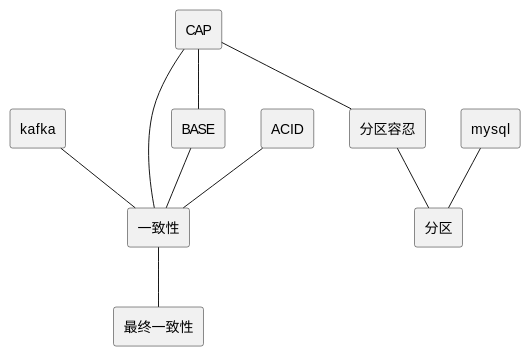
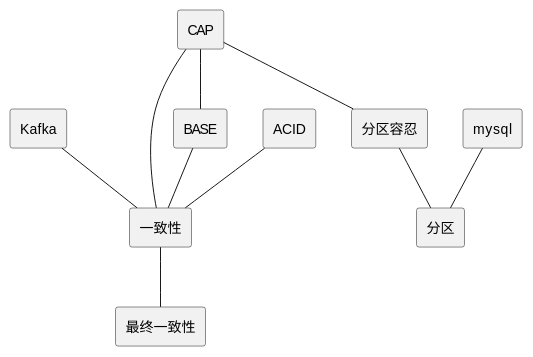
One commit to wiloon/blog changed the diagram in content/post/archive-1/2015-08-06-dev-env.md. Above: the diagram before and after it, drawn with PlantUML. The commit also changed other lines of this file and 4 other files, not shown here.

````diff
--- a/content/post/archive-1/2015-08-06-dev-env.md
+++ b/content/post/archive-1/2015-08-06-dev-env.md
@@ -93,25 +93,25 @@
 ```puml
 @startuml
 skinparam componentStyle rectangle
 
-[kafka] as kafka
+[Kafka] as kafka
 [一致性] as consistency
 [最终一致性] as eventual_consistency
 [CAP] as cap
 [BASE] as base
 [分区容忍] as partition_tolerance
 [分区] as partition
 [mysql]
 [ACID] as acid
 
 kafka--consistency
 cap--base
 cap--consistency
 partition_tolerance--partition
 mysql--partition
 consistency--eventual_consistency
 acid--consistency
 base--consistency
 cap--partition_tolerance
 @enduml
 ```
````
